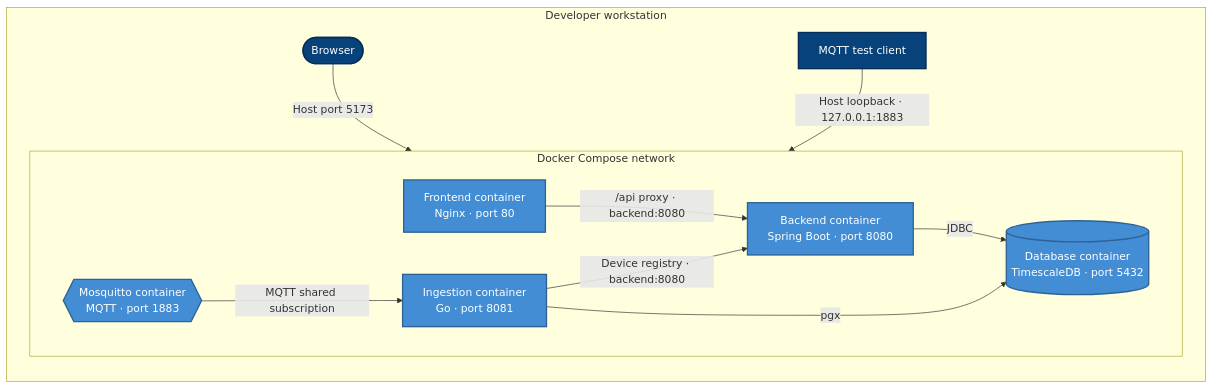
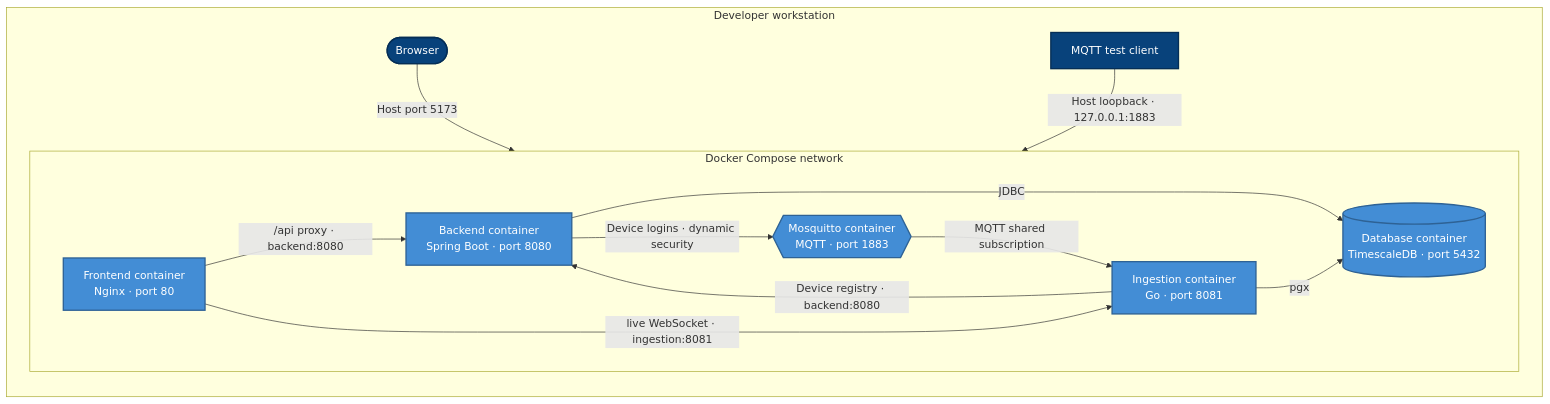
Before and after one commit to Hashu-17/openroots: the diagram in docs/architecture/c4-local-deployment.md, drawn with Mermaid. The commit also changed 9 other files, not shown here.

Commit message:
docs: update architecture, product and API docs for sign-in, live telemetry and broker sync

````diff
--- a/docs/architecture/c4-local-deployment.md
+++ b/docs/architecture/c4-local-deployment.md
@@ -5,30 +5,32 @@
 ```mermaid
 flowchart LR
     subgraph host["Developer workstation"]
         browser(["Browser"])
         mqttClient["MQTT test client"]
         subgraph compose["Docker Compose network"]
             direction LR
             frontend["Frontend container<br/>Nginx · port 80"]
             broker{{"Mosquitto container<br/>MQTT · port 1883"}}
             backend["Backend container<br/>Spring Boot · port 8080"]
             ingestion["Ingestion container<br/>Go · port 8081"]
             database[("Database container<br/>TimescaleDB · port 5432")]
         end
     end
     browser -->|"Host port 5173"| frontend
     frontend -->|"/api proxy · backend:8080"| backend
     mqttClient -->|"Host loopback · 127.0.0.1:1883"| broker
     broker -->|"MQTT shared subscription"| ingestion
     ingestion -->|"Device registry · backend:8080"| backend
     ingestion -->|"pgx"| database
     backend -->|"JDBC"| database
+    backend -->|"Device logins · dynamic security"| broker
+    frontend -->|"live WebSocket · ingestion:8081"| ingestion
 
     classDef client fill:#08427b,color:#fff,stroke:#052e56,stroke-width:2px;
     classDef external fill:#999999,color:#fff,stroke:#666,stroke-width:2px;
     classDef container fill:#438dd5,color:#fff,stroke:#2e6295,stroke-width:2px;
     classDef data fill:#438dd5,color:#fff,stroke:#2e6295,stroke-width:2px;
     class browser,mqttClient client;
     class frontend,broker,backend,ingestion container;
     class database data;
 ```
````
